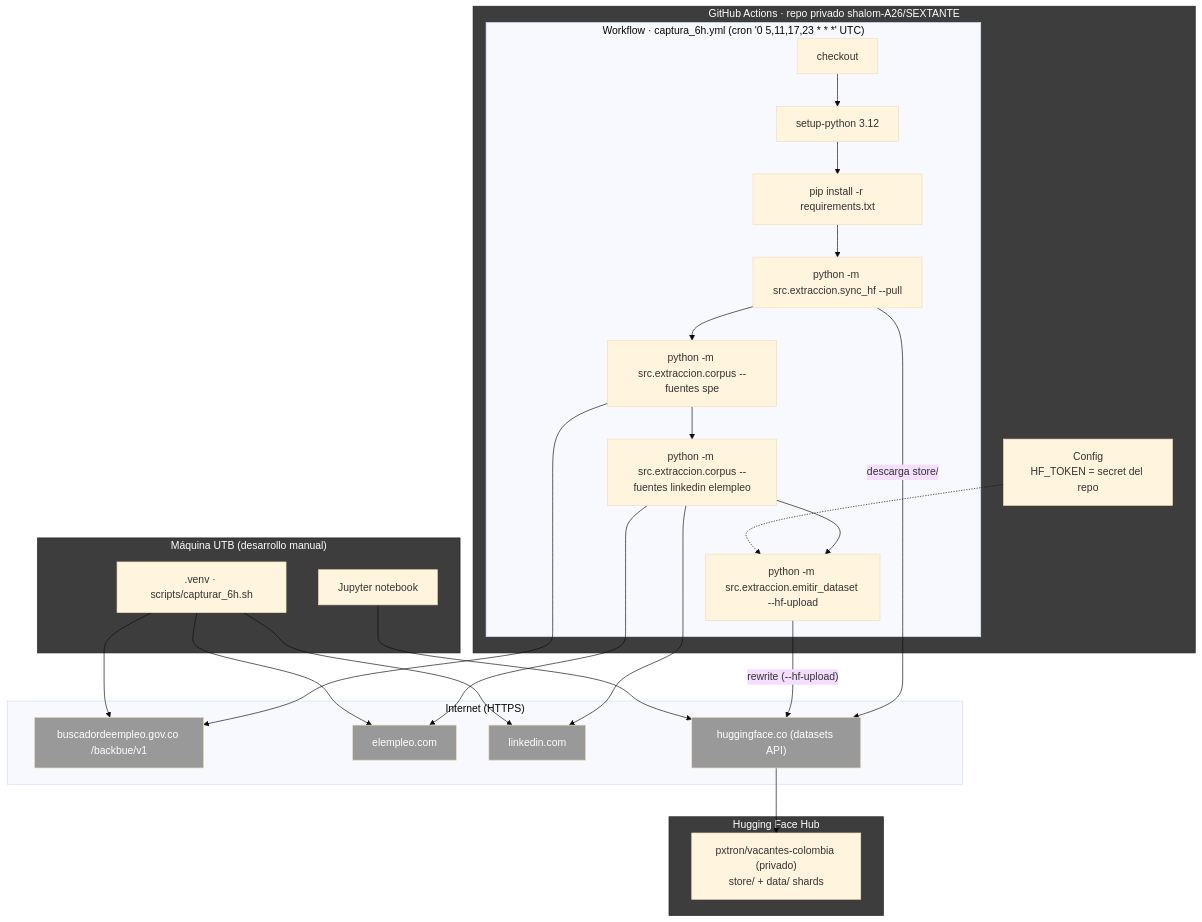
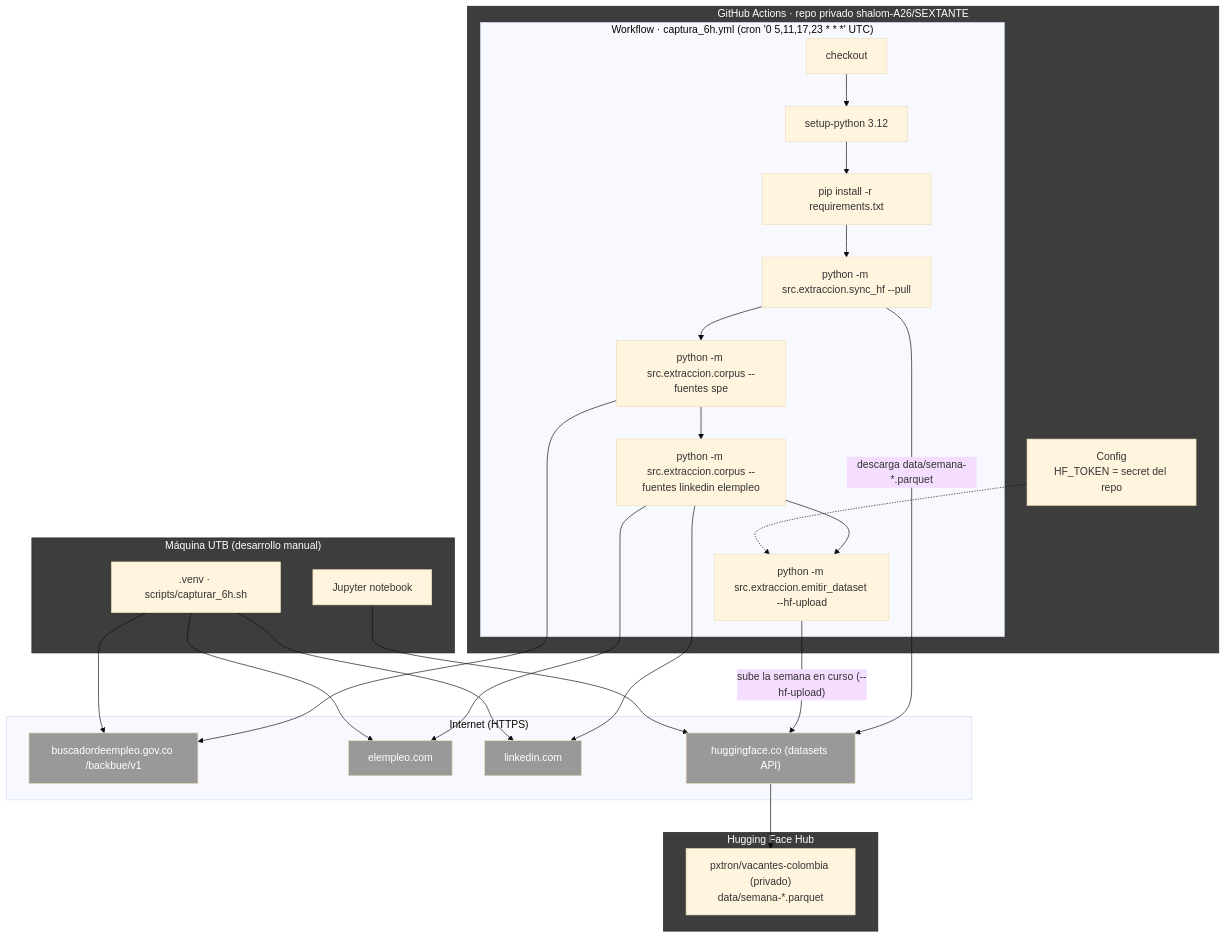
Before and after one commit to shalom-A26/SEXTANTE: the fourth of 8 diagrams in docs/arquitectura.md, drawn with Mermaid (base theme). The commit also changed other lines of this file and 9 other files, not shown here.

````diff
--- a/docs/arquitectura.md
+++ b/docs/arquitectura.md
@@ -183,50 +188,50 @@
 ```mermaid
 flowchart TB
     subgraph CLOUD["GitHub Actions · repo privado shalom-A26/SEXTANTE"]
         subgraph WF["Workflow · captura_6h.yml (cron '0 5,11,17,23 * * *' UTC)"]
             checkout["checkout"]
             python["setup-python 3.12"]
             deps["pip install -r requirements.txt"]
             pull["python -m src.extraccion.sync_hf --pull"]
             spe["python -m src.extraccion.corpus --fuentes spe"]
             curado["python -m src.extraccion.corpus --fuentes linkedin elempleo"]
             emit["python -m src.extraccion.emitir_dataset --hf-upload"]
         end
         CFG["Config<br/>HF_TOKEN = secret del repo"]
     end
 
     subgraph HUB["Hugging Face Hub"]
-        dset["pxtron/vacantes-colombia (privado)<br/>store/ + data/ shards"]
+        dset["pxtron/vacantes-colombia (privado)<br/>data/semana-*.parquet"]
     end
 
     subgraph PC["Máquina UTB (desarrollo manual)"]
         venv[".venv · scripts/capturar_6h.sh"]
         nb["Jupyter notebook"]
     end
 
     subgraph NET["Internet (HTTPS)"]
         speext["buscadordeempleo.gov.co /backbue/v1"]
         ee["elempleo.com"]
         li["linkedin.com"]
         hfapi["huggingface.co (datasets API)"]
     end
 
     checkout --> python --> deps --> pull
     pull --> spe --> curado --> emit
     CFG -.-> emit
-    pull -->|"descarga store/"| hfapi
-    emit -->|"rewrite (--hf-upload)"| hfapi
+    pull -->|"descarga data/semana-*.parquet"| hfapi
+    emit -->|"sube la semana en curso (--hf-upload)"| hfapi
     hfapi --> dset
     spe --> speext
     curado --> ee
     curado --> li
     venv --> speext
     venv --> ee
     venv --> li
     nb --> hfapi
 
     classDef nodo fill:#3d3d3d,color:#fff,stroke:#222;
     classDef ext fill:#999999,color:#fff;
     class CLOUD,HUB,PC nodo;
     class speext,ee,li,hfapi ext;
 ```
````
